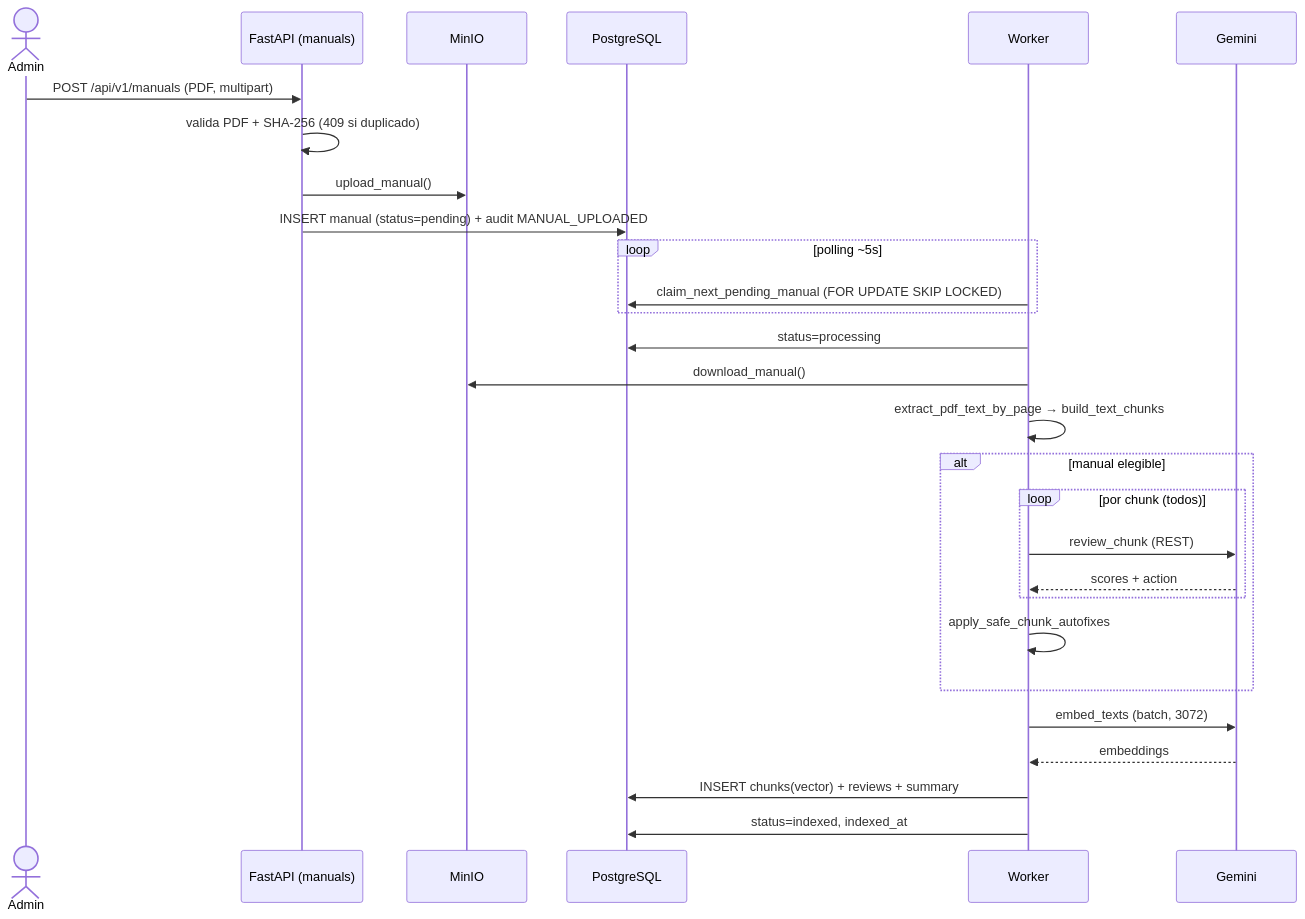
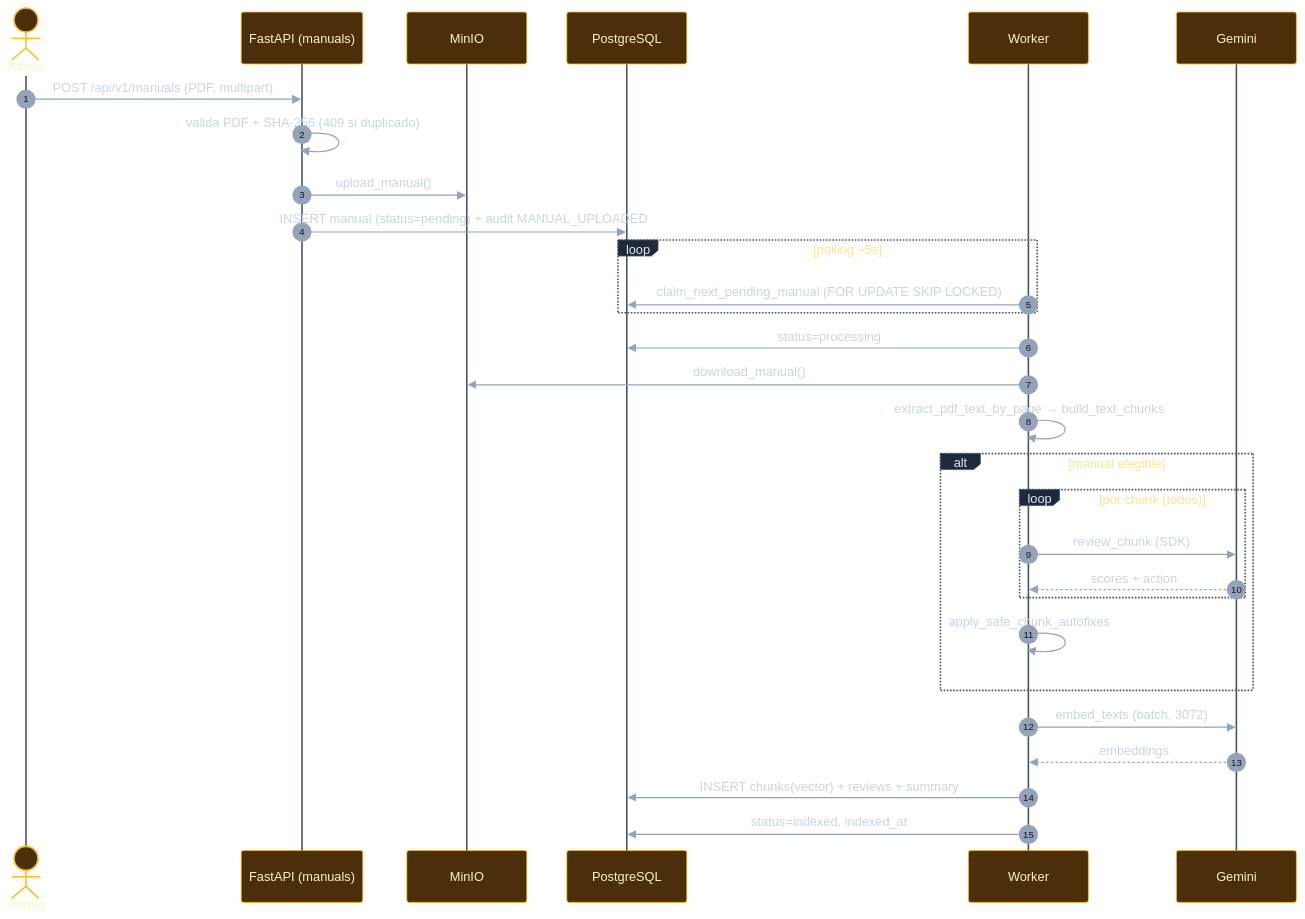
One commit to soviedos/rc7_programming_assistant changed the seventh of 8 diagrams in docs/architecture/ARCHITECTURE.md. Above: the diagram before and after it, drawn with Mermaid. The commit also changed other lines of this file and 1 other file, not shown here.

First line of the commit message:
docs(architecture): stylize Mermaid diagrams (theme + per-component palette)

````diff
--- a/docs/architecture/ARCHITECTURE.md
+++ b/docs/architecture/ARCHITECTURE.md
@@ -196,31 +244,33 @@
 ```mermaid
+%%{init: {'theme':'base','themeVariables':{'fontFamily':'ui-sans-serif, system-ui','fontSize':'14px','actorBkg':'#4a2f0a','actorBorder':'#fbbf24','actorTextColor':'#fef3c7','actorLineColor':'#475569','signalColor':'#94a3b8','signalTextColor':'#cbd5e1','labelBoxBkgColor':'#1e293b','labelBoxBorderColor':'#475569','labelTextColor':'#e2e8f0','loopTextColor':'#fde68a','altTextColor':'#fde68a','activationBkgColor':'#2e1065','activationBorderColor':'#a78bfa','sequenceNumberColor':'#0f172a'}}}%%
 sequenceDiagram
+    autonumber
     actor Adm as Admin
     participant A as FastAPI (manuals)
     participant S as MinIO
     participant DB as PostgreSQL
     participant Wk as Worker
     participant G as Gemini
 
     Adm->>A: POST /api/v1/manuals (PDF, multipart)
     A->>A: valida PDF + SHA-256 (409 si duplicado)
     A->>S: upload_manual()
     A->>DB: INSERT manual (status=pending) + audit MANUAL_UPLOADED
     loop polling ~5s
         Wk->>DB: claim_next_pending_manual (FOR UPDATE SKIP LOCKED)
     end
     Wk->>DB: status=processing
     Wk->>S: download_manual()
     Wk->>Wk: extract_pdf_text_by_page → build_text_chunks
     alt manual elegible
         loop por chunk (todos)
-            Wk->>G: review_chunk (REST)
+            Wk->>G: review_chunk (SDK)
             G-->>Wk: scores + action
         end
         Wk->>Wk: apply_safe_chunk_autofixes
     end
     Wk->>G: embed_texts (batch, 3072)
     G-->>Wk: embeddings
     Wk->>DB: INSERT chunks(vector) + reviews + summary
     Wk->>DB: status=indexed, indexed_at
 ```
````
